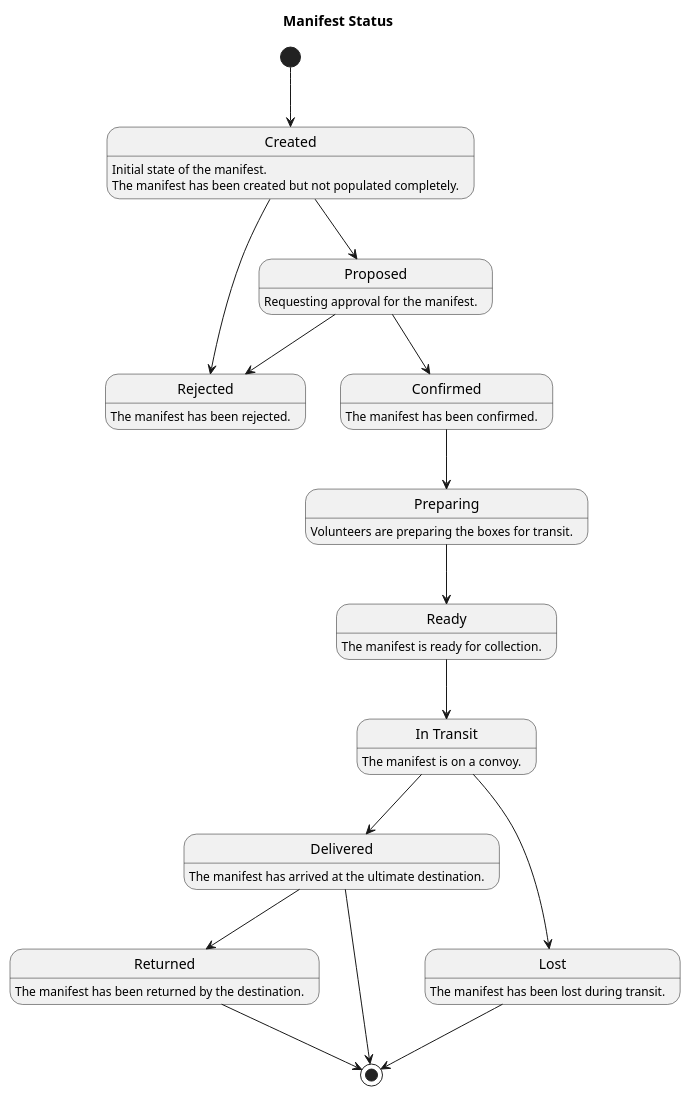
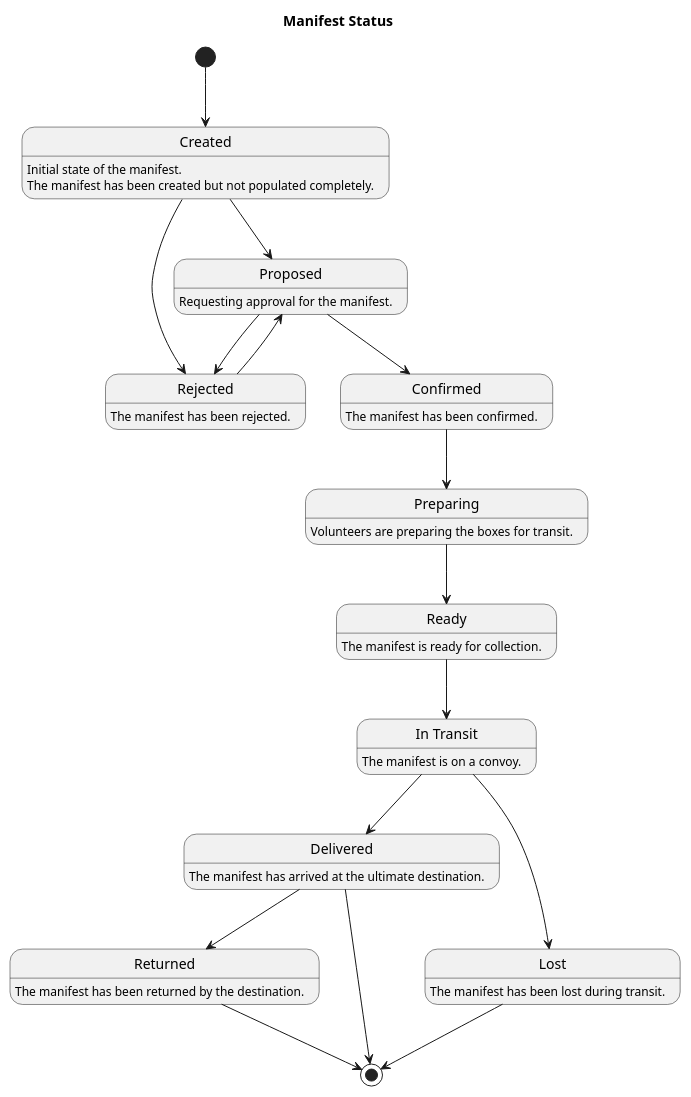
One commit to TheLastColonial/UA.Action.Freedom changed the diagram in docs/manifest-status.puml. Above: the diagram before and after it, drawn with PlantUML. The commit also changed 12 other files, not shown here.

Commit message:
Add C4 Diagrams (#4)

```diff
--- a/docs/manifest-status.puml
+++ b/docs/manifest-status.puml
@@ -1,31 +1,32 @@
 @startuml Manifest Status
 
 title Manifest Status
 
 state "Created" as Created : Initial state of the manifest. \nThe manifest has been created but not populated completely.
 state "Proposed" as Proposed : Requesting approval for the manifest.
 state "Rejected" as Rejected : The manifest has been rejected.
 state "Confirmed" as Confirmed : The manifest has been confirmed.
 state "Preparing" as Preparing : Volunteers are preparing the boxes for transit.
 state "Ready" as Ready : The manifest is ready for collection.
 state "In Transit" as InTransit : The manifest is on a convoy.
 state "Delivered" as Delivered : The manifest has arrived at the ultimate destination.
 state "Lost" as Lost : The manifest has been lost during transit.
 state "Returned" as Returned : The manifest has been returned by the destination.
 
 [*] --> Created
 Created --> Proposed
 Created --> Rejected
 Proposed --> Rejected
+Rejected --> Proposed
 Proposed --> Confirmed
 Confirmed --> Preparing
 Preparing --> Ready
 Ready --> InTransit
 InTransit --> Delivered
 InTransit --> Lost
 Delivered --> Returned
 Lost -->[*]
 Returned -->[*]
 Delivered -->[*]
 
 @enduml
```
